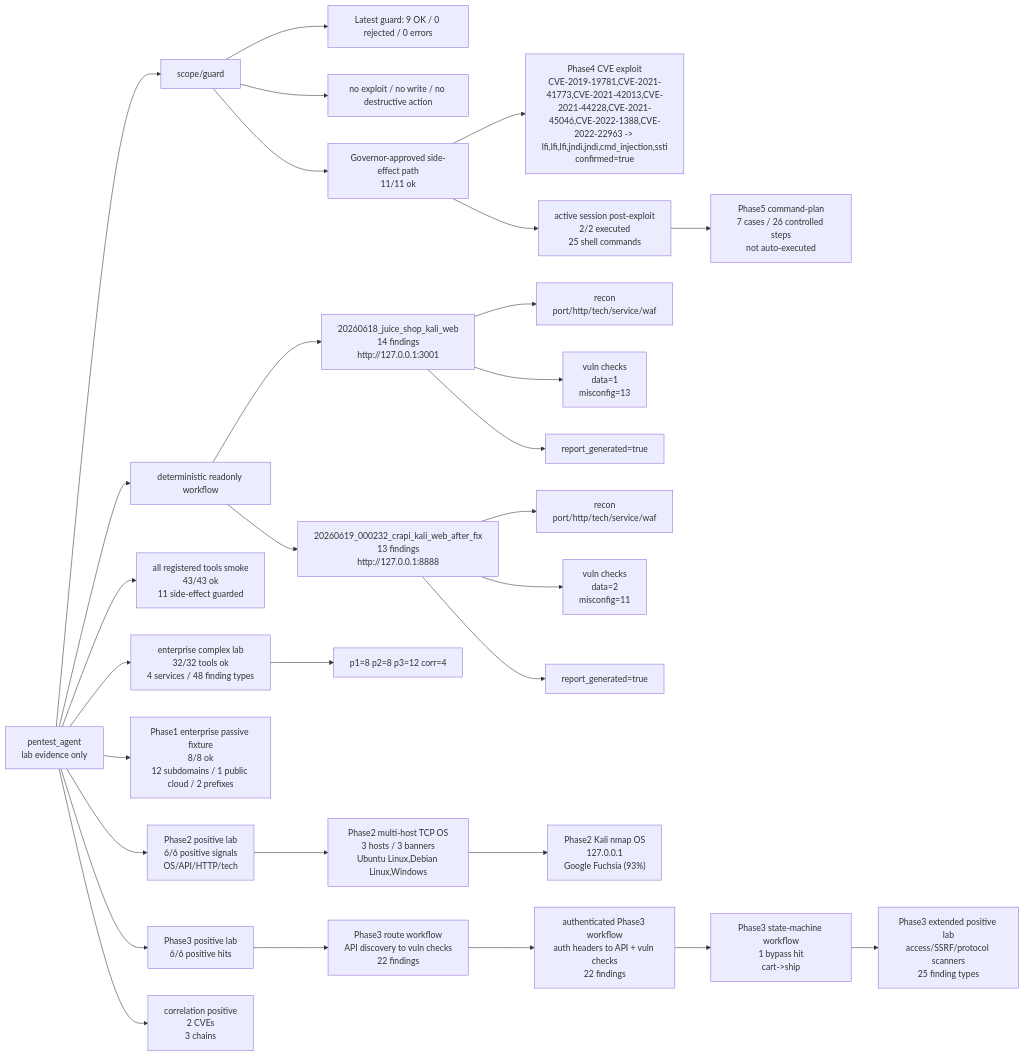
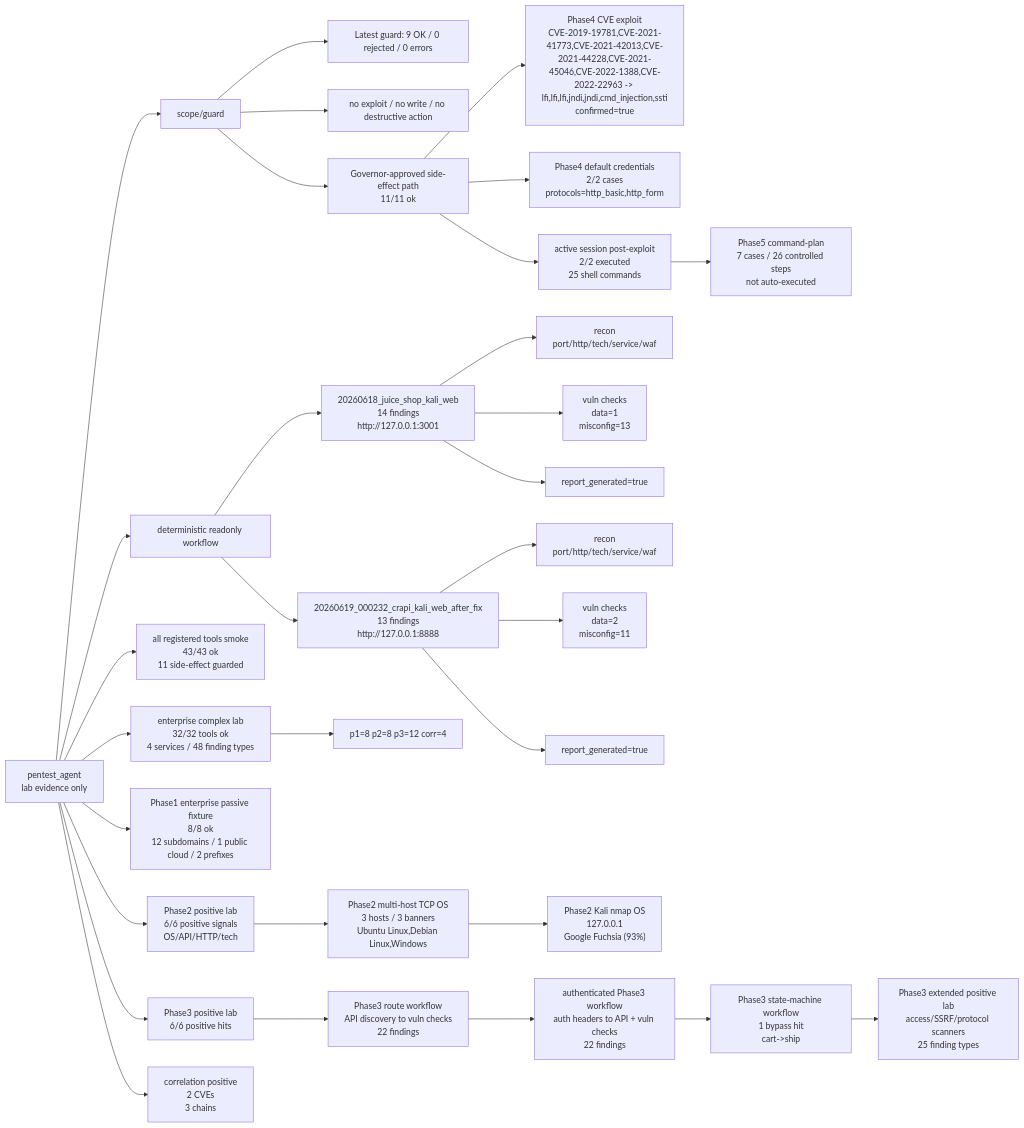
One commit to SakuraYoruno/Natsume_Ai changed the diagram in docs/45_testing/pentest_agent_capability_map.md. Above: the diagram before and after it, drawn with Mermaid. The commit also changed other lines of this file and 7 other files, not shown here.

````diff
--- a/docs/45_testing/pentest_agent_capability_map.md
+++ b/docs/45_testing/pentest_agent_capability_map.md
@@ -131,32 +137,33 @@
 ```mermaid
 flowchart LR
   A["pentest_agent\nlab evidence only"] --> G["scope/guard"]
   A --> W["deterministic readonly workflow"]
   G --> G1["Latest guard: 9 OK / 0 rejected / 0 errors"]
   G --> G2["no exploit / no write / no destructive action"]
   W --> L1["20260618_juice_shop_kali_web\n14 findings\nhttp://127.0.0.1:3001"]
   L1 --> L1R["recon\nport/http/tech/service/waf"]
   L1 --> L1V["vuln checks\ndata=1\nmisconfig=13"]
   L1 --> L1P["report_generated=true"]
   W --> L2["20260619_000232_crapi_kali_web_after_fix\n13 findings\nhttp://127.0.0.1:8888"]
   L2 --> L2R["recon\nport/http/tech/service/waf"]
   L2 --> L2V["vuln checks\ndata=2\nmisconfig=11"]
   L2 --> L2P["report_generated=true"]
   A --> S["all registered tools smoke\n43/43 ok\n11 side-effect guarded"]
   A --> EC["enterprise complex lab\n32/32 tools ok\n4 services / 48 finding types"]
   EC --> ECP["p1=8 p2=8 p3=12 corr=4"]
   A --> P1["Phase1 enterprise passive fixture\n8/8 ok\n12 subdomains / 1 public cloud / 2 prefixes"]
   A --> P2["Phase2 positive lab\n6/6 positive signals\nOS/API/HTTP/tech"]
   P2 --> P2M["Phase2 multi-host TCP OS\n3 hosts / 3 banners\nUbuntu Linux,Debian Linux,Windows"]
   P2M --> P2K["Phase2 Kali nmap OS\n127.0.0.1\nGoogle Fuchsia (93%)"]
   A --> P["Phase3 positive lab\n6/6 positive hits"]
   P --> R3["Phase3 route workflow\nAPI discovery to vuln checks\n22 findings"]
   R3 --> AR3["authenticated Phase3 workflow\nauth headers to API + vuln checks\n22 findings"]
   AR3 --> SM3["Phase3 state-machine workflow\n1 bypass hit\ncart->ship"]
   SM3 --> XP3["Phase3 extended positive lab\naccess/SSRF/protocol scanners\n25 finding types"]
   G --> E["Governor-approved side-effect path\n11/11 ok"]
   E --> CVE4["Phase4 CVE exploit\nCVE-2019-19781,CVE-2021-41773,CVE-2021-42013,CVE-2021-44228,CVE-2021-45046,CVE-2022-1388,CVE-2022-22963 -> lfi,lfi,lfi,jndi,jndi,cmd_injection,ssti\nconfirmed=true"]
+  E --> DC4["Phase4 default credentials\n2/2 cases\nprotocols=http_basic,http_form"]
   A --> C["correlation positive\n2 CVEs\n3 chains"]
   E --> AS["active session post-exploit\n2/2 executed\n25 shell commands"]
   AS --> CP5["Phase5 command-plan\n7 cases / 26 controlled steps\nnot auto-executed"]
 ```
````
